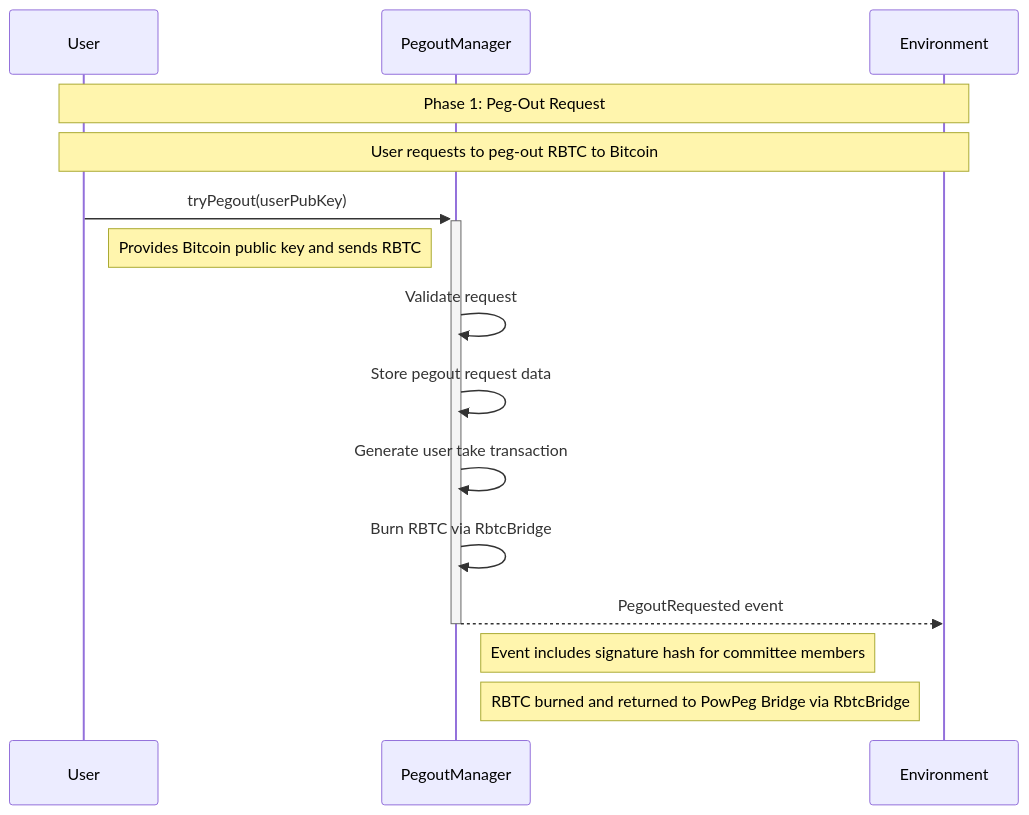
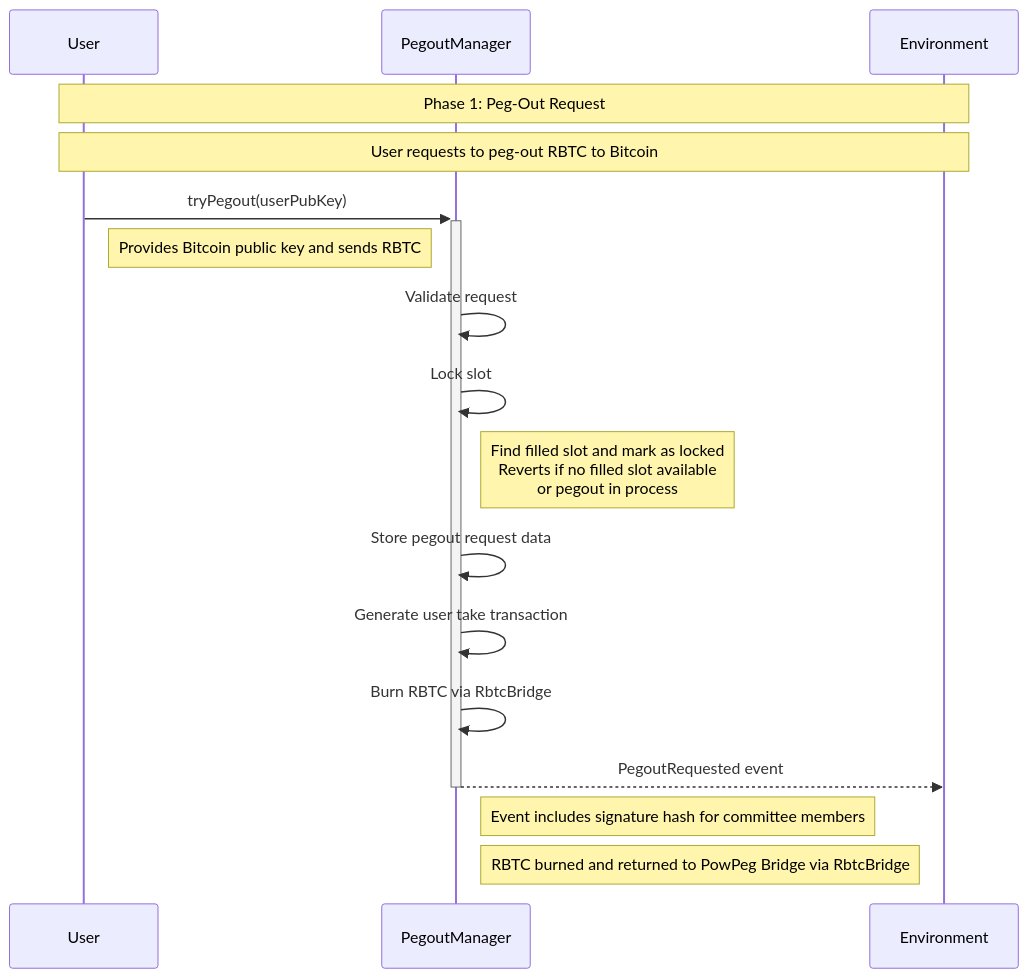
One commit to rsksmart/union-bridge-contracts changed the eighth of 12 diagrams in docs/src/README.md. Above: the diagram before and after it, drawn with Mermaid. The commit also changed other lines of this file and 92 other files, not shown here.

````diff
--- a/docs/src/README.md
+++ b/docs/src/README.md
@@ -568,19 +649,21 @@
 ```mermaid
 sequenceDiagram
     participant U as User
     participant POM as PegoutManager
     participant ENV as Environment
 
     Note over U,ENV: Phase 1: Peg-Out Request
     Note over U,ENV: User requests to peg-out RBTC to Bitcoin
 
     U->>+POM: tryPegout(userPubKey)
     Note right of U: Provides Bitcoin public key and sends RBTC
     POM->>POM: Validate request
+    POM->>POM: Lock slot
+    Note right of POM: Find filled slot and mark as locked<br/>Reverts if no filled slot available<br/>or pegout in process
     POM->>POM: Store pegout request data
     POM->>POM: Generate user take transaction
     POM->>POM: Burn RBTC via RbtcBridge
     POM-->>-ENV: PegoutRequested event
     Note right of POM: Event includes signature hash for committee members
     Note right of POM: RBTC burned and returned to PowPeg Bridge via RbtcBridge
 ```
````
